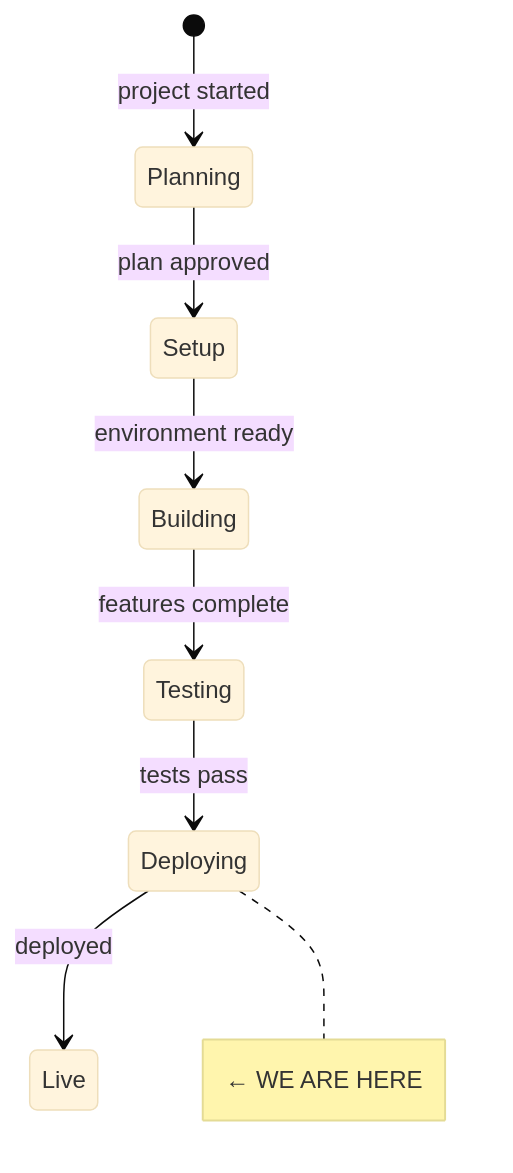
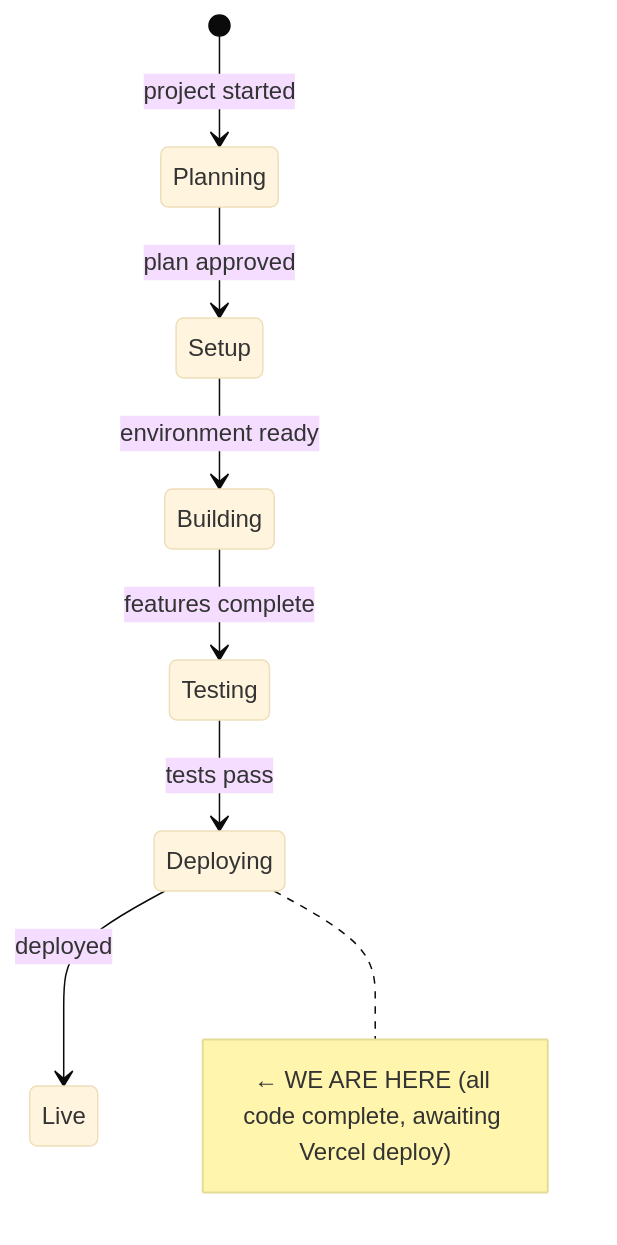
One commit to tomcwxyz/glade changed the first of 2 diagrams in STATE.md. Above: the diagram before and after it, drawn with Mermaid (base theme). The commit also changed other lines of this file and 2 other files, not shown here.

````diff
--- a/STATE.md
+++ b/STATE.md
@@ -7,11 +7,11 @@
 ```mermaid
 stateDiagram-v2
     [*] --> Planning: project started
     Planning --> Setup: plan approved
     Setup --> Building: environment ready
     Building --> Testing: features complete
     Testing --> Deploying: tests pass
     Deploying --> Live: deployed
 
-    note right of Deploying: ← WE ARE HERE
+    note right of Deploying: ← WE ARE HERE (all code complete, awaiting Vercel deploy)
 ```
````
